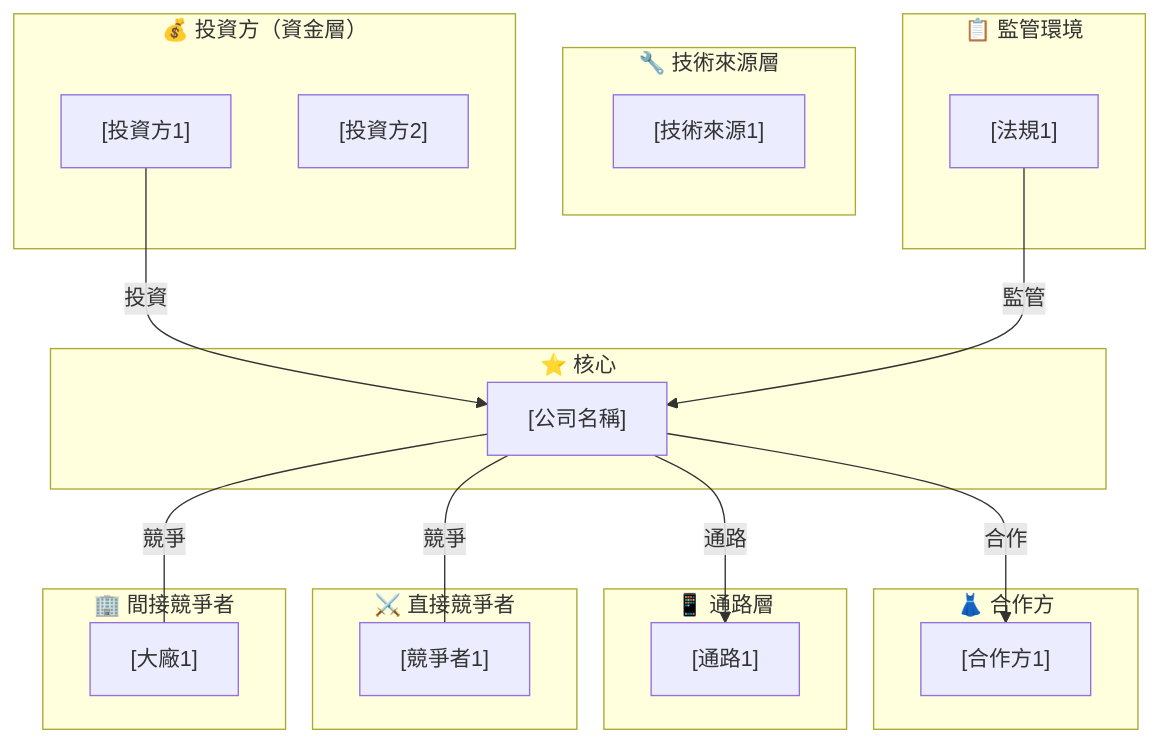
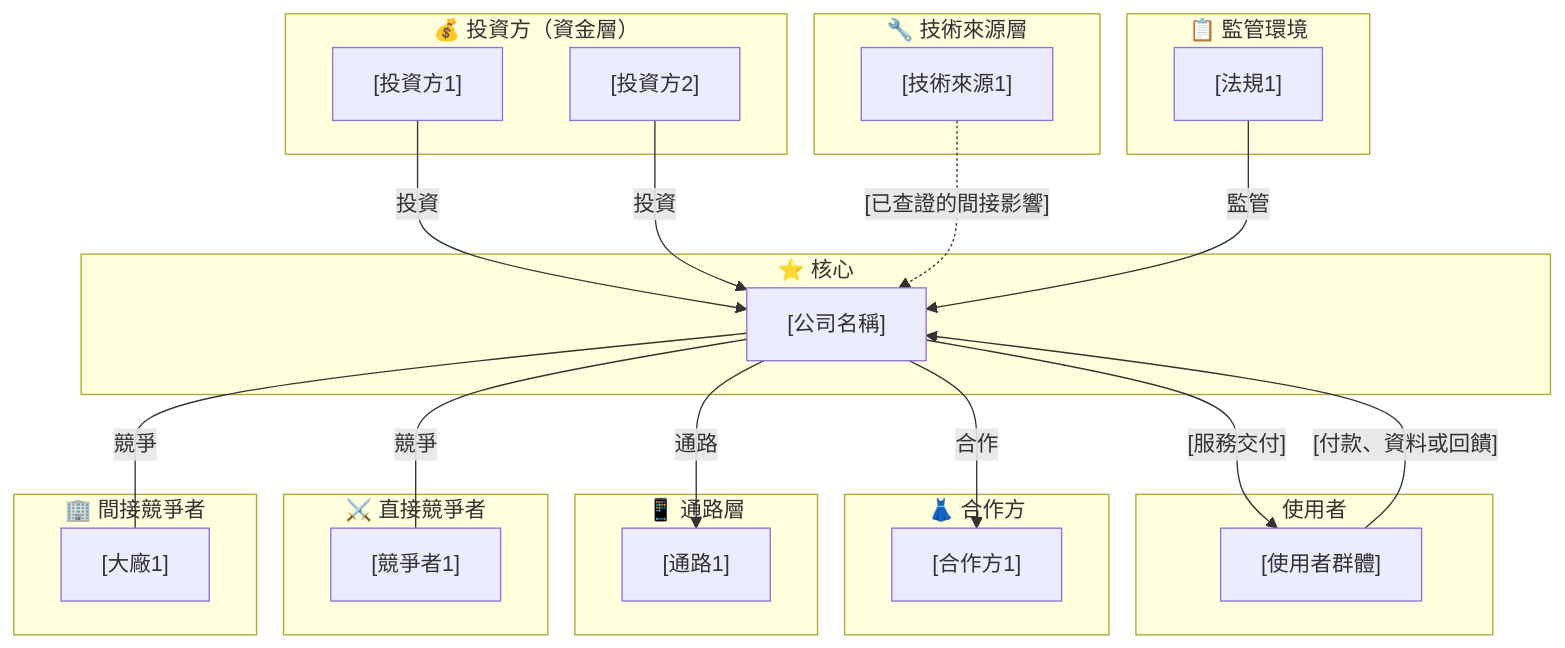
Before and after one commit to TimLai666/skills: the diagram in plugins/service-innovation/skills/service-innovation-case-study/assets/report-template.md, drawn with Mermaid. The commit also changed other lines of this file and 8 other files, not shown here.

````diff
--- a/plugins/service-innovation/skills/service-innovation-case-study/assets/report-template.md
+++ b/plugins/service-innovation/skills/service-innovation-case-study/assets/report-template.md
@@ -145,42 +147,50 @@
 ```mermaid
 graph TB
     subgraph INV["💰 投資方（資金層）"]
         TC["[投資方1]"]
         VC2["[投資方2]"]
     end
 
     subgraph TECH["🔧 技術來源層"]
         T1["[技術來源1]"]
+    end
+
+    subgraph USERS["使用者"]
+        U1["[使用者群體]"]
     end
 
     subgraph CORE["⭐ 核心"]
         CO["[公司名稱]"]
     end
 
     subgraph BRAND["👗 合作方"]
         B1["[合作方1]"]
     end
 
     subgraph CHANNEL["📱 通路層"]
         C1["[通路1]"]
     end
 
     subgraph COMP["⚔️ 直接競爭者"]
         D1["[競爭者1]"]
     end
 
     subgraph BIGTECH["🏢 間接競爭者"]
         G1["[大廠1]"]
     end
 
     subgraph REG["📋 監管環境"]
         R1["[法規1]"]
     end
 
     TC -->|"投資"| CO
+    VC2 -->|"投資"| CO
+    T1 -.->|"[已查證的間接影響]"| CO
+    CO -->|"[服務交付]"| U1
+    U1 -->|"[付款、資料或回饋]"| CO
     CO -->|"合作"| B1
     CO -->|"通路"| C1
     CO ---|"競爭"| D1
     CO ---|"競爭"| G1
     R1 -->|"監管"| CO
 ```
````
